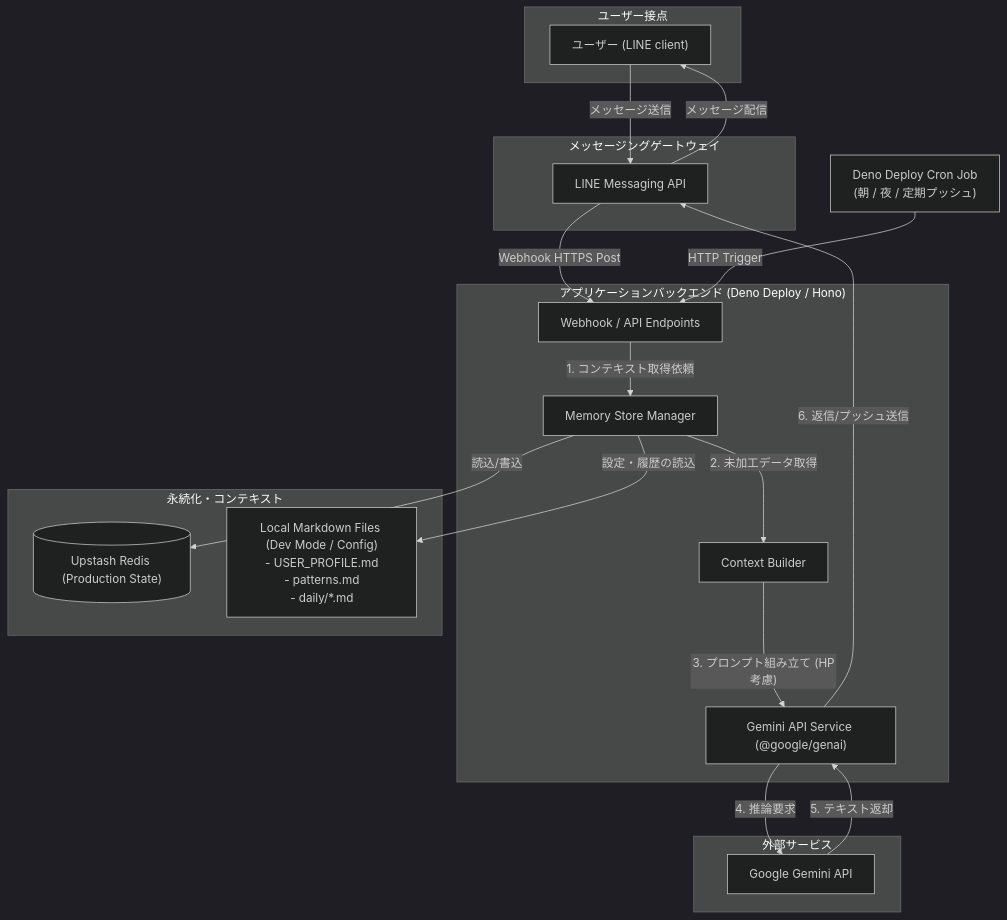
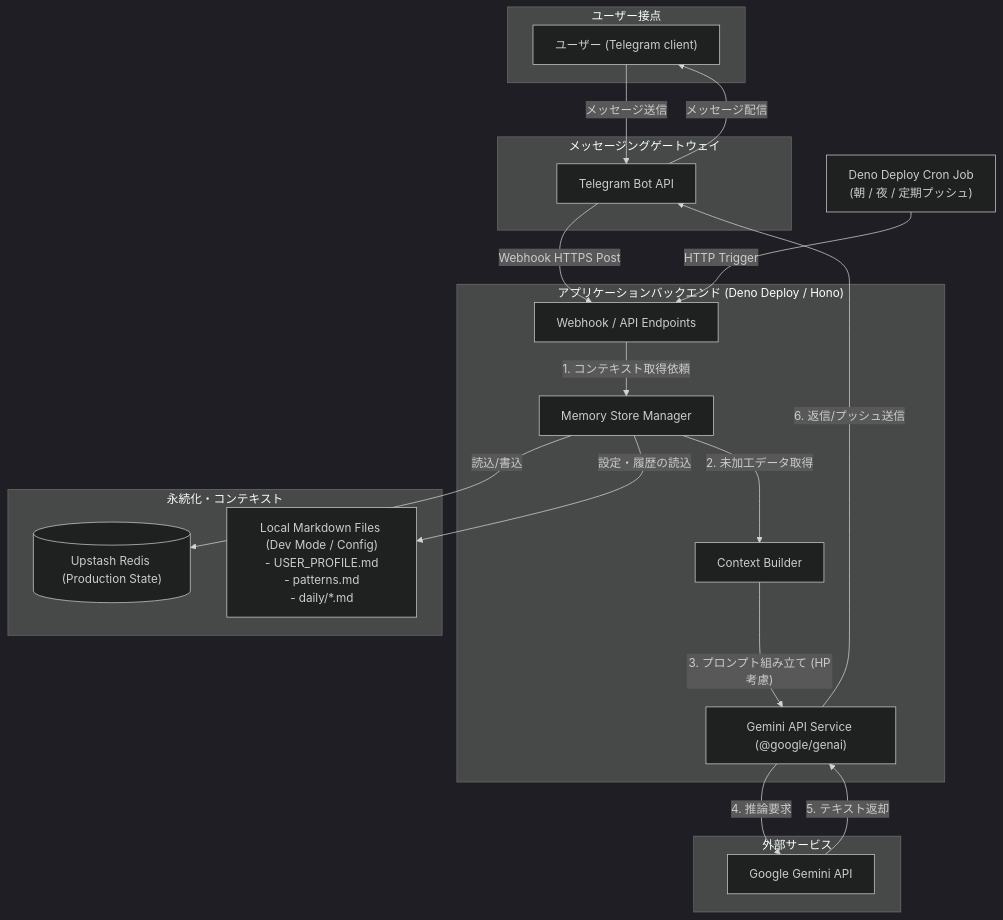
Before and after one commit to schnya/YourSpartanCoach: the diagram in README.md, drawn with Mermaid (dark theme). The commit also changed other lines of this file and 19 other files, not shown here.

Commit message:
feat: migrate LINE → Telegram

````diff
--- a/README.md
+++ b/README.md
@@ -28,45 +28,45 @@
 ```mermaid
 flowchart TD
   subgraph User_Touchpoint ["ユーザー接点"]
-    User["ユーザー (LINE client)"]
+    User["ユーザー (Telegram client)"]
   end
 
   subgraph Messaging_Gateway ["メッセージングゲートウェイ"]
-    LineAPI["LINE Messaging API"]
+    LineAPI["Telegram Bot API"]
   end
 
   subgraph App_Backend ["アプリケーションバックエンド (Deno Deploy / Hono)"]
     WebhookHandler["Webhook / API Endpoints"]
     ContextBuilder["Context Builder"]
     LLMService["Gemini API Service (@google/genai)"]
     MemoryStore["Memory Store Manager"]
   end
 
   subgraph Persistence_Layer ["永続化・コンテキスト"]
     Redis[("Upstash Redis (Production State)")]
     LocalFiles["Local Markdown Files (Dev Mode / Config)<br/>- USER_PROFILE.md<br/>- patterns.md<br/>- daily/*.md"]
   end
 
   subgraph External_APIs ["外部サービス"]
     GeminiAPI["Google Gemini API"]
   end
 
   %% Data Flow
   User -->|メッセージ送信| LineAPI
   LineAPI -->|Webhook HTTPS Post| WebhookHandler
   
   %% Cron triggers
   WebhookHandler -->|1. コンテキスト取得依頼| MemoryStore
   MemoryStore -->|読込/書込| Redis
   MemoryStore -->|設定・履歴の読込| LocalFiles
   
   MemoryStore -->|2. 未加工データ取得| ContextBuilder
   ContextBuilder -->|"3. プロンプト組み立て (HP考慮)"| LLMService
   LLMService -->|4. 推論要求| GeminiAPI
   GeminiAPI -->|5. テキスト返却| LLMService
   LLMService -->|6. 返信/プッシュ送信| LineAPI
   LineAPI -->|メッセージ配信| User
   
   %% Scheduled Cron
   CronScheduler["Deno Deploy Cron Job<br/>(朝 / 夜 / 定期プッシュ)"] -->|HTTP Trigger| WebhookHandler
 ```
````
